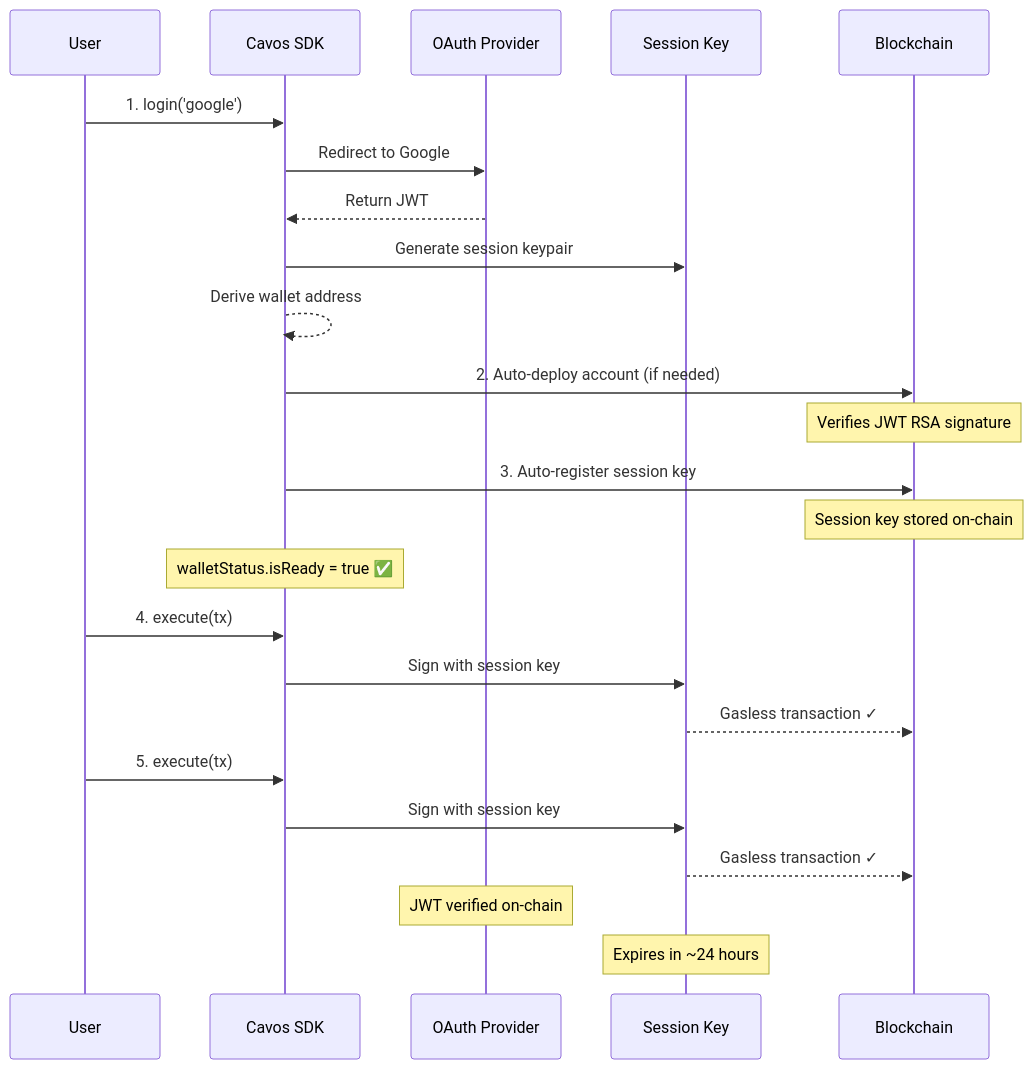
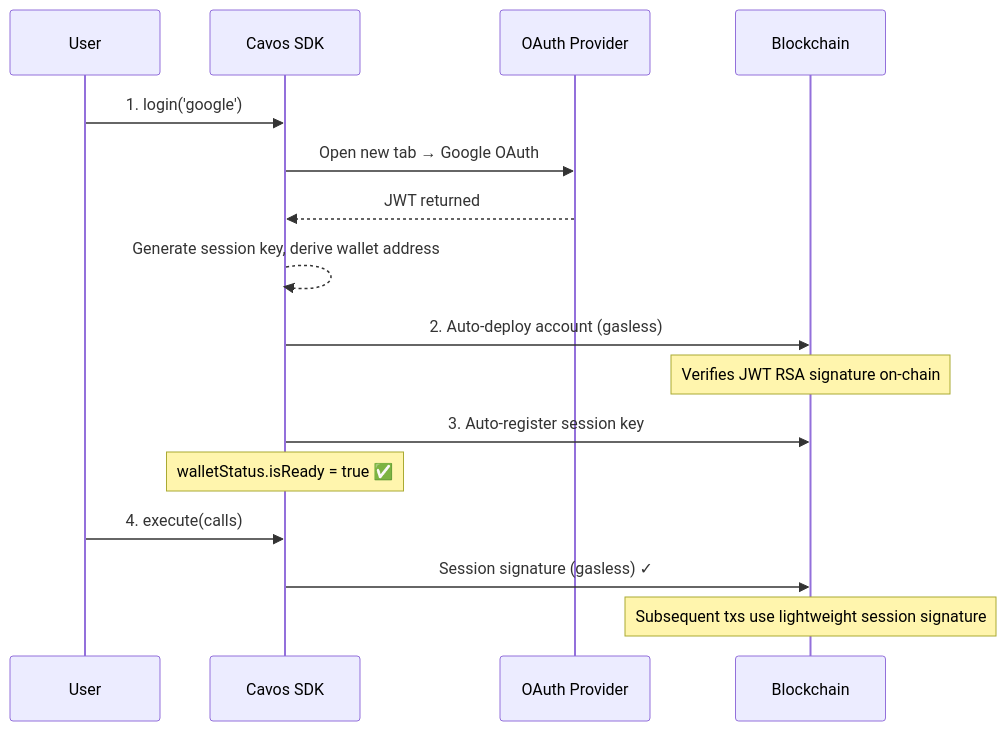
One commit to cavos-labs/docs changed the diagram in quickstart.mdx. Above: the diagram before and after it, drawn with Mermaid. The commit also changed other lines of this file and 3 other files, not shown here.

````diff
--- a/quickstart.mdx
+++ b/quickstart.mdx
@@ -184,31 +150,22 @@
 ```mermaid
 sequenceDiagram
     participant U as User
     participant SDK as Cavos SDK
     participant OAuth as OAuth Provider
-    participant EK as Session Key
     participant Chain as Blockchain
 
     U->>SDK: 1. login('google')
-    SDK->>OAuth: Redirect to Google
-    OAuth-->>SDK: Return JWT
-    SDK->>EK: Generate session keypair
-    SDK-->>SDK: Derive wallet address
+    SDK->>OAuth: Open new tab → Google OAuth
+    OAuth-->>SDK: JWT returned
+    SDK-->>SDK: Generate session key, derive wallet address
 
-    SDK->>Chain: 2. Auto-deploy account (if needed)
-    Note over Chain: Verifies JWT RSA signature
+    SDK->>Chain: 2. Auto-deploy account (gasless)
+    Note over Chain: Verifies JWT RSA signature on-chain
     SDK->>Chain: 3. Auto-register session key
-    Note over Chain: Session key stored on-chain
     Note over SDK: walletStatus.isReady = true ✅
 
-    U->>SDK: 4. execute(tx)
-    SDK->>EK: Sign with session key
-    EK-->>Chain: Gasless transaction ✓
+    U->>SDK: 4. execute(calls)
+    SDK->>Chain: Session signature (gasless) ✓
 
-    U->>SDK: 5. execute(tx)
-    SDK->>EK: Sign with session key
-    EK-->>Chain: Gasless transaction ✓
-
-    Note over OAuth: JWT verified on-chain
-    Note over EK: Expires in ~24 hours
+    Note over Chain: Subsequent txs use lightweight session signature
 ```
````
